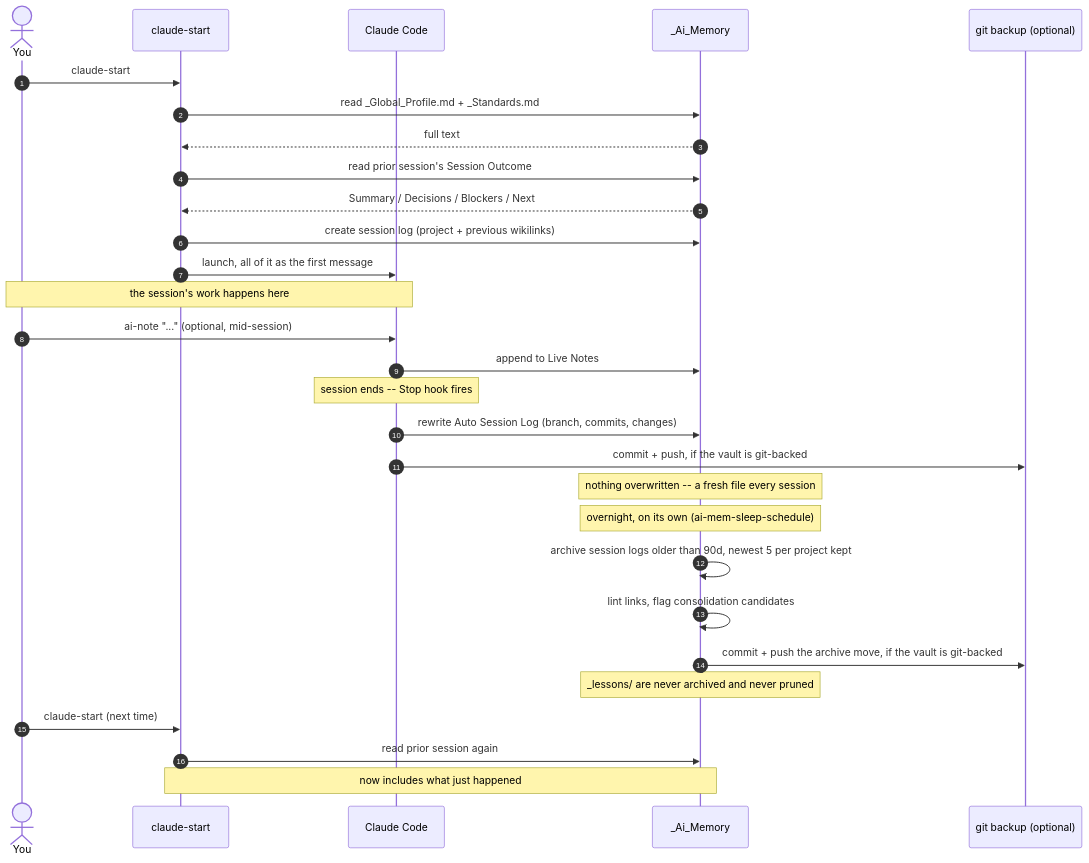
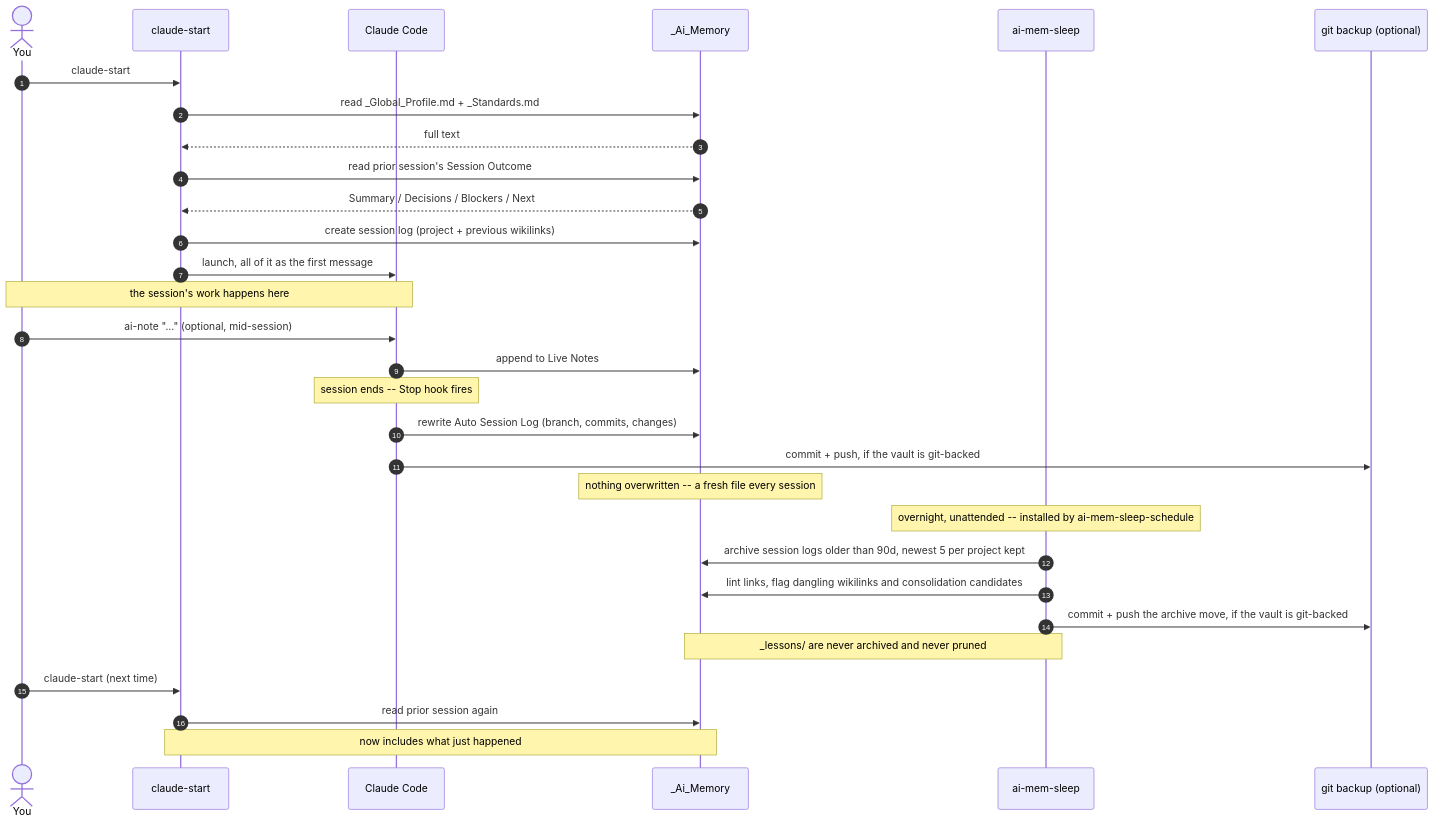
The first of 2 diagrams in README.md (rambaarde/create-ai-memory), drawn with Mermaid before and after one commit. The commit also changed other lines of this file, not shown here.

Commit message:
docs: name ai-mem-sleep as its own lifeline in the loop diagram
The overnight pass was drawn as self-loops on the _Ai_Memory lifeline, and
the note named only ai-mem-sleep-schedule. A reader saw a vault that prunes
itself, and the command that does the work was not visible.

Changes:
- Add an ai-mem-sleep participant. The archive, lint, and backup steps now
  start from it.
- State above the diagram that ai-mem-sleep tidies the same folder
  overnight.
- Say that the lint step flags dangling wikilinks.

````diff
--- a/README.md
+++ b/README.md
@@ -70,32 +71,33 @@
 ```mermaid
 sequenceDiagram
     autonumber
     actor You
     participant Shell as claude-start
     participant Agent as Claude Code
     participant Vault as _Ai_Memory
+    participant Sleep as ai-mem-sleep
     participant Backup as git backup (optional)
 
     You->>Shell: claude-start
     Shell->>Vault: read _Global_Profile.md + _Standards.md
     Vault-->>Shell: full text
     Shell->>Vault: read prior session's Session Outcome
     Vault-->>Shell: Summary / Decisions / Blockers / Next
     Shell->>Vault: create session log (project + previous wikilinks)
     Shell->>Agent: launch, all of it as the first message
     Note over You,Agent: the session's work happens here
     You->>Agent: ai-note "..." (optional, mid-session)
     Agent->>Vault: append to Live Notes
     Note over Agent: session ends -- Stop hook fires
     Agent->>Vault: rewrite Auto Session Log (branch, commits, changes)
     Agent->>Backup: commit + push, if the vault is git-backed
     Note over Vault: nothing overwritten -- a fresh file every session
-    Note over Vault: overnight, on its own (ai-mem-sleep-schedule)
-    Vault->>Vault: archive session logs older than 90d, newest 5 per project kept
-    Vault->>Vault: lint links, flag consolidation candidates
-    Vault->>Backup: commit + push the archive move, if the vault is git-backed
-    Note over Vault: _lessons/ are never archived and never pruned
+    Note over Sleep: overnight, unattended -- installed by ai-mem-sleep-schedule
+    Sleep->>Vault: archive session logs older than 90d, newest 5 per project kept
+    Sleep->>Vault: lint links, flag dangling wikilinks and consolidation candidates
+    Sleep->>Backup: commit + push the archive move, if the vault is git-backed
+    Note over Vault,Sleep: _lessons/ are never archived and never pruned
     You->>Shell: claude-start (next time)
     Shell->>Vault: read prior session again
     Note over Shell,Vault: now includes what just happened
 ```
````
